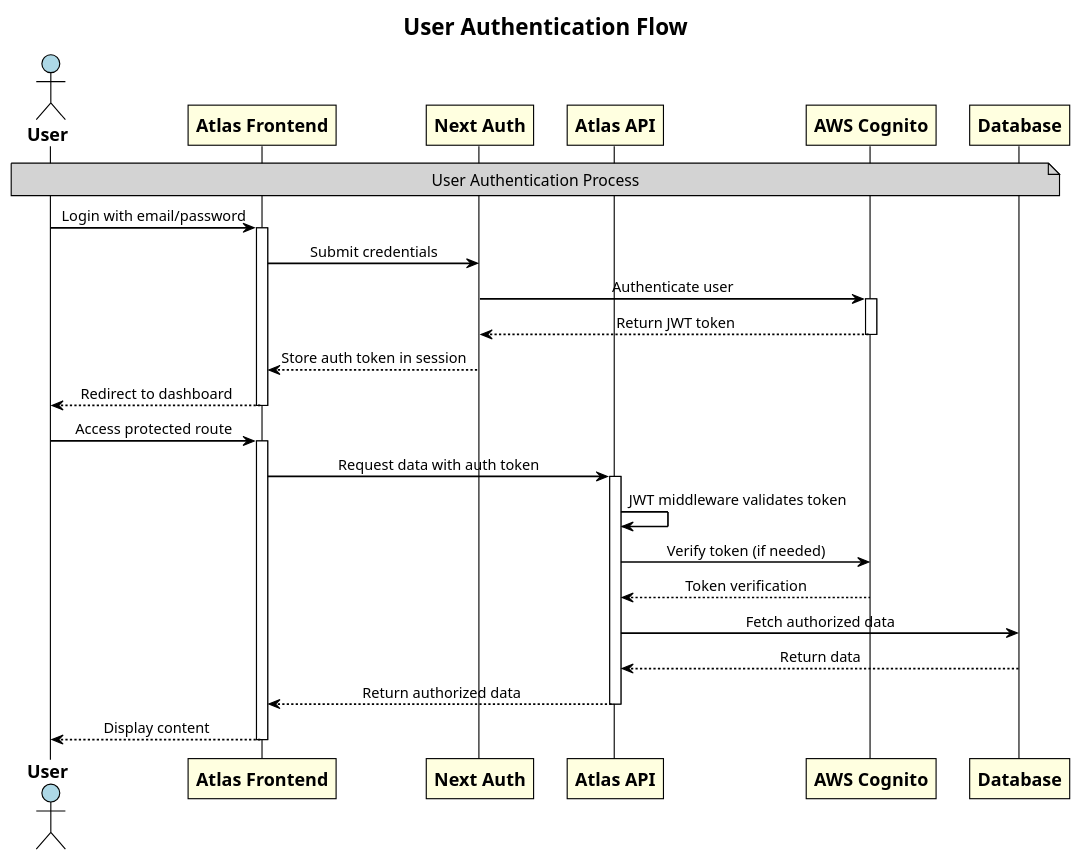
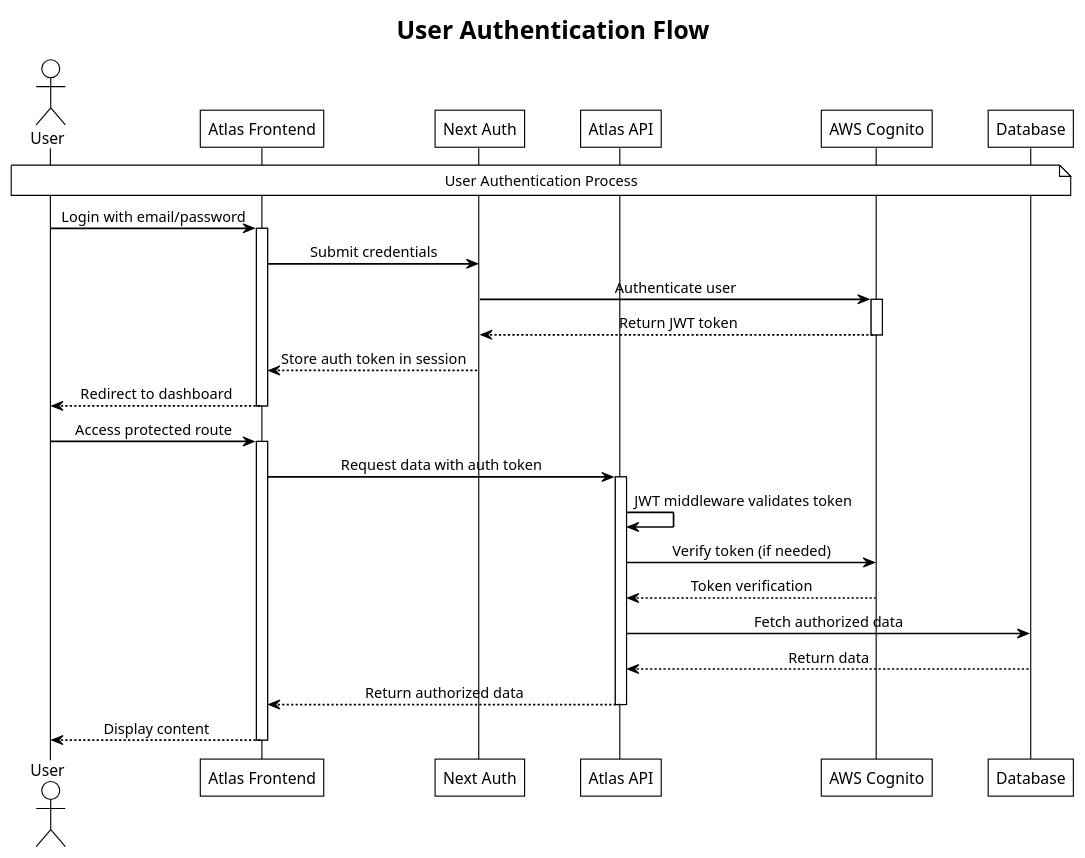
The diagram in plantuml-diagrams/atlas-auth-flow.puml (k-g-j/ll-sequence-diagrams), drawn with PlantUML before and after one commit. The commit also changed 10 other files, not shown here.

Commit message:
Fix diagram lines to be straight, not wavy and ensure architecture diagrams show completely

```diff
--- a/plantuml-diagrams/atlas-auth-flow.puml
+++ b/plantuml-diagrams/atlas-auth-flow.puml
@@ -1,64 +1,57 @@
 @startuml atlas-auth-flow
+
+' Basic styling
 !theme plain
+skinparam backgroundColor white
+skinparam defaultTextAlignment center
+
+' Explicitly disable handwritten mode
 skinparam handwritten false
 skinparam shadowing false
 skinparam roundCorner 0
-skinparam linetype polyline
 
-' Use improved fonts and spacing
-skinparam sequenceMessageAlign center
-skinparam backgroundColor white
-skinparam defaultTextAlignment center
+' Force straight lines
+skinparam linetype ortho
+skinparam ParticipantPadding 20
+skinparam SequenceBoxPadding 10
 
-' Fix fonts and arrow styling
+' Make sure lines and fonts are crisp
 skinparam ArrowColor black
 skinparam ArrowThickness 1.5
-skinparam ParticipantFontSize 16
-skinparam ParticipantFontStyle bold
-skinparam ActorFontSize 16
-skinparam ActorFontStyle bold
-skinparam NoteFontSize 14
-skinparam TitleFontSize 20
-skinparam TitleFontStyle bold
-
-' Color participants for better visualization
-skinparam ActorBackgroundColor lightblue
-skinparam ParticipantBackgroundColor lightyellow
-skinparam NoteBackgroundColor lightgray
 
 title User Authentication Flow
 
 actor User
 participant "Atlas Frontend" as Frontend
 participant "Next Auth" as NextAuth
 participant "Atlas API" as API
 participant "AWS Cognito" as Cognito
 participant "Database" as DB
 
 note over User, DB: User Authentication Process
 
 User -> Frontend: Login with email/password
 activate Frontend
 Frontend -> NextAuth: Submit credentials
 NextAuth -> Cognito: Authenticate user
 activate Cognito
 Cognito --> NextAuth: Return JWT token
 deactivate Cognito
 NextAuth --> Frontend: Store auth token in session
 Frontend --> User: Redirect to dashboard
 deactivate Frontend
 
 User -> Frontend: Access protected route
 activate Frontend
 Frontend -> API: Request data with auth token
 activate API
 API -> API: JWT middleware validates token
 API -> Cognito: Verify token (if needed)
 Cognito --> API: Token verification
 API -> DB: Fetch authorized data
 DB --> API: Return data
 API --> Frontend: Return authorized data
 deactivate API
 Frontend --> User: Display content
 deactivate Frontend
 @enduml
```
